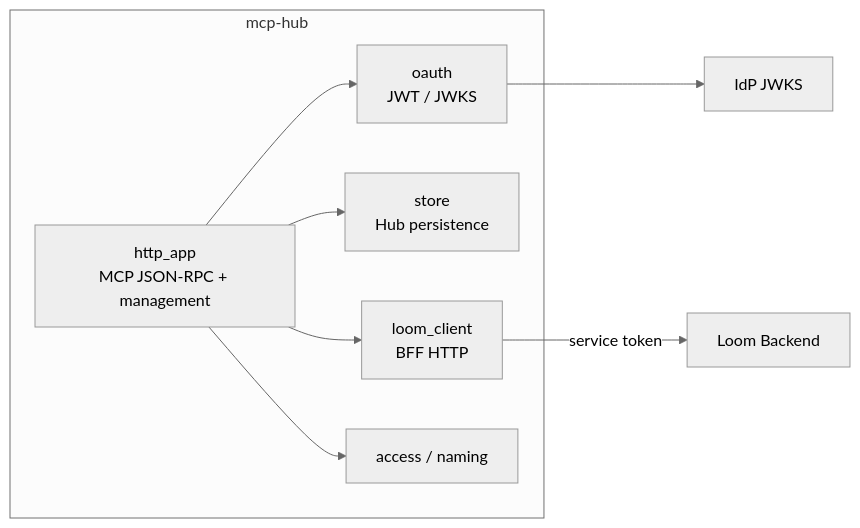
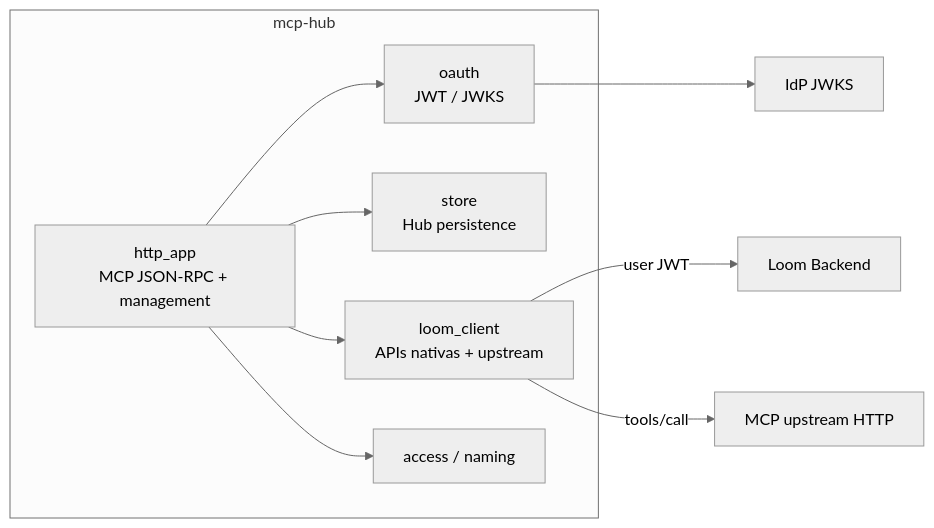
Before and after one commit to jsmesquita/loom-ext: the third of 8 diagrams in local-runtime/docs/guide/architecture.md, drawn with Mermaid (neutral theme). The commit also changed other lines of this file and 25 other files, not shown here.

First line of the commit message:
Make MCP Hub a Loom API client and drop Core Hub data-plane.

````diff
--- a/local-runtime/docs/guide/architecture.md
+++ b/local-runtime/docs/guide/architecture.md
@@ -170,19 +170,21 @@
 ```mermaid
 flowchart LR
   subgraph hub[mcp-hub]
     HTTP[http_app<br/>MCP JSON-RPC + management]
     OAUTH[oauth<br/>JWT / JWKS]
     STORE[store<br/>Hub persistence]
-    LOOMC[loom_client<br/>BFF HTTP]
+    LOOMC[loom_client<br/>APIs nativas + upstream]
     ACC[access / naming]
   end
   BE[Loom Backend]
   IDP[IdP JWKS]
+  MCPU[MCP upstream HTTP]
 
   HTTP --> OAUTH
   HTTP --> STORE
   HTTP --> ACC
   HTTP --> LOOMC
   OAUTH --> IDP
-  LOOMC -->|service token| BE
+  LOOMC -->|user JWT| BE
+  LOOMC -->|tools/call| MCPU
 ```
````
